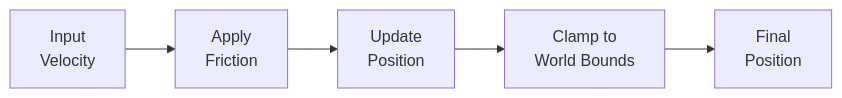
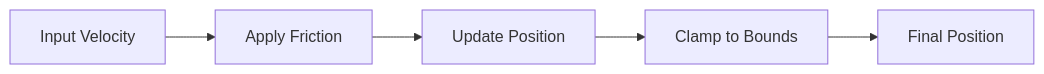
The ninth of 11 diagrams in docs/ARCHITECTURE.md (mtomcal/stick-rumble), drawn with Mermaid before and after one commit. The commit also changed other lines of this file and 2 other files, not shown here.

First line of the commit message:
docs: Fix Mermaid diagrams for GitHub rendering

````diff
--- a/docs/ARCHITECTURE.md
+++ b/docs/ARCHITECTURE.md
@@ -270,10 +270,10 @@
 ```mermaid
 flowchart LR
-    Input["Input\nVelocity"]
-    Friction["Apply\nFriction"]
-    Move["Update\nPosition"]
-    Bounds["Clamp to\nWorld Bounds"]
-    Output["Final\nPosition"]
+    Input["Input Velocity"]
+    Friction["Apply Friction"]
+    Move["Update Position"]
+    Bounds["Clamp to Bounds"]
+    Output["Final Position"]
 
     Input --> Friction --> Move --> Bounds --> Output
 ```
````
